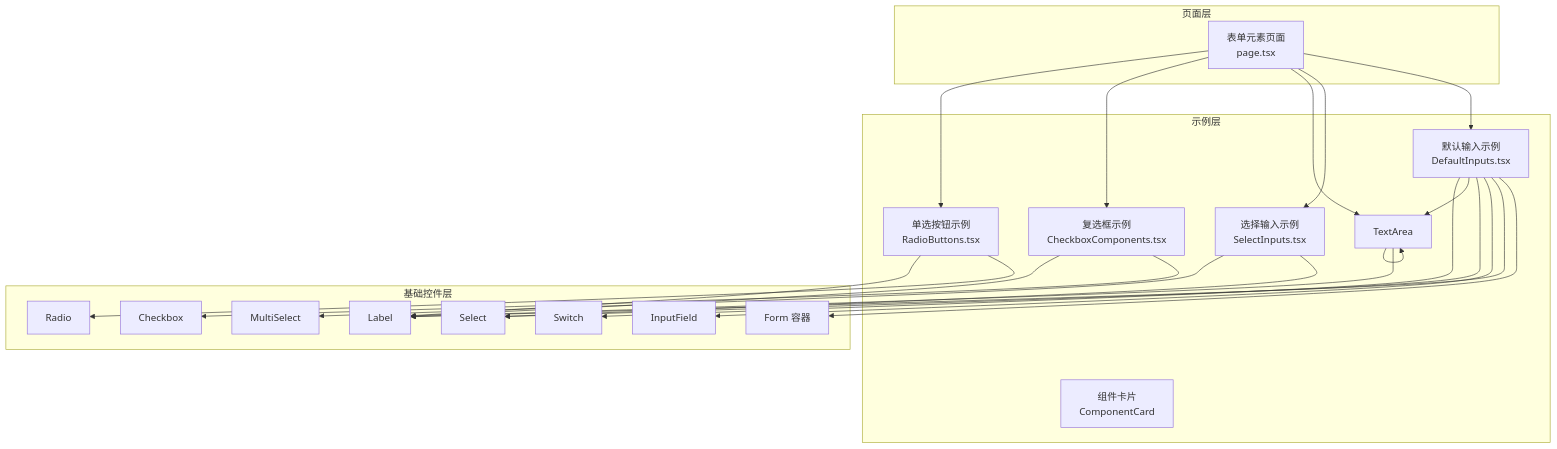
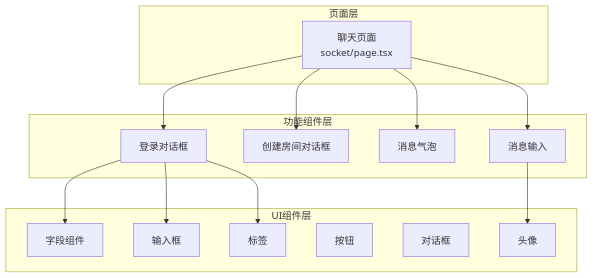
The second of 3 diagrams in .qoder/repowiki/zh/content/页面路由系统/页面类型组织结构/表单页面.md (HAOFUYANG/nextjs-admin), drawn with Mermaid before and after one commit. The commit also changed other lines of this file and 36 other files, not shown here.

````diff
--- a/.qoder/repowiki/zh/content/页面路由系统/页面类型组织结构/表单页面.md
+++ b/.qoder/repowiki/zh/content/页面路由系统/页面类型组织结构/表单页面.md
@@ -99,44 +81,28 @@
 ```mermaid
 graph TB
 subgraph "页面层"
-P["表单元素页面<br/>page.tsx"]
+ChatPage["聊天页面<br/>socket/page.tsx"]
 end
-subgraph "示例层"
-DC["组件卡片<br/>ComponentCard"]
-DI["默认输入示例<br/>DefaultInputs.tsx"]
-SI["选择输入示例<br/>SelectInputs.tsx"]
-TA["文本域示例<br/>TextAreaInput.tsx"]
-CB["复选框示例<br/>CheckboxComponents.tsx"]
-RB["单选按钮示例<br/>RadioButtons.tsx"]
+subgraph "功能组件层"
+LoginDialog["登录对话框"]
+CreateRoomDialog["创建房间对话框"]
+ChatBubble["消息气泡"]
+ChatInput["消息输入"]
 end
-subgraph "基础控件层"
-F["Form 容器"]
-L["Label"]
-IF["InputField"]
-TA["TextArea"]
-SL["Select"]
-MSL["MultiSelect"]
-CBX["Checkbox"]
-RDX["Radio"]
-SW["Switch"]
+subgraph "UI组件层"
+Field["字段组件"]
+Input["输入框"]
+Label["标签"]
+Button["按钮"]
+Dialog["对话框"]
+Avatar["头像"]
 end
-P --> DI
-P --> SI
-P --> TA
-P --> CB
-P --> RB
-DI --> F
-DI --> L
-DI --> IF
-DI --> SL
-DI --> TA
-DI --> SW
-SI --> SL
-SI --> MSL
-TA --> TA
-TA --> L
-CB --> CBX
-CB --> L
-RB --> RDX
-RB --> L
+ChatPage --> LoginDialog
+ChatPage --> CreateRoomDialog
+ChatPage --> ChatBubble
+ChatPage --> ChatInput
+LoginDialog --> Field
+LoginDialog --> Input
+LoginDialog --> Label
+ChatInput --> Avatar
 ```
````
